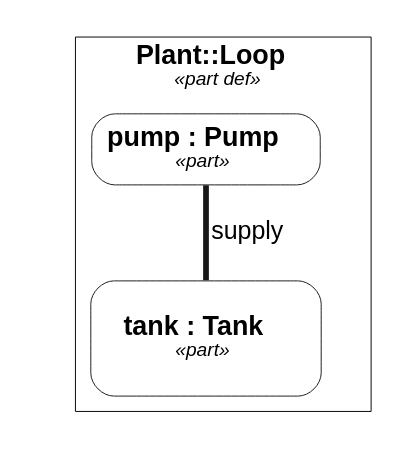
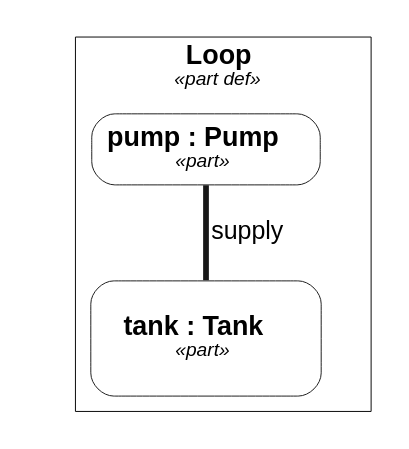
One commit to Open-MBEE/OpenSysML changed the second of 3 diagrams in docs/project/view-rendering-forms.md. Above: the diagram before and after it, drawn with Graphviz. The commit also changed other lines of this file and 52 other files, not shown here.

First line of the commit message:
fix(view): head graphical roots relative to their shared namespace, types by their own name

````diff
--- a/docs/project/view-rendering-forms.md
+++ b/docs/project/view-rendering-forms.md
@@ -263,23 +275,23 @@
 ```dot
 // view: PlantViews::placedView
 // kind: interconnection
 // stated: render asInterconnectionDiagram
 // canvas: unit=px w=1200 h=800
 // layout: neato
 digraph "PlantViews::placedView" {
   graph [fontname="Helvetica", inputscale=72, dpi=72];
   node [shape=box, style=filled, fillcolor=white, color="#181818", fontname="Helvetica", fontsize=14, penwidth=0.5];
   edge [color="#181818", fontname="Helvetica", fontsize=13, penwidth=1];
   "canvas:0" [shape=point, style=invis, width=0, height=0, label="", pos="0,800!", pin=true];
   "canvas:1" [shape=point, style=invis, width=0, height=0, label="", pos="1200,0!", pin=true];
   subgraph "cluster_n0" {
-    label=<<b>Plant::Loop</b><br/><font point-size="10"><i>«part def»</i></font>>;
+    label=<<b>Loop</b><br/><font point-size="10"><i>«part def»</i></font>>;
     color=black;
     penwidth=0.5;
     "n0" [shape=point, style=invis, width=0, height=0, label=""];
     "n1" [style="rounded,filled", label=<<b>pump : Pump</b><br/><font point-size="10"><i>«part»</i></font>>, pos="359,741.5!", pin=true, width=1.6388888888888888, height=0.5138888888888888, comment="collapsed"];
     "n2" [style="rounded,filled", label=<<b>tank : Tank</b><br/><font point-size="10"><i>«part»</i></font>>, pos="560,730!", pin=true, width=1.6666666666666667, height=0.8333333333333334, fixedsize=true];
   }
   "n1" -> "n2" [label="supply", arrowhead=none, penwidth=3, pos="400,730 400,730 450,680 450,680 450,680 500,730 500,730"];
 }
 ```
````
